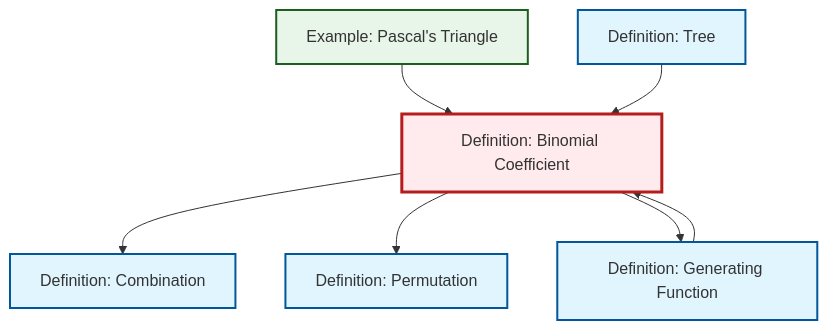
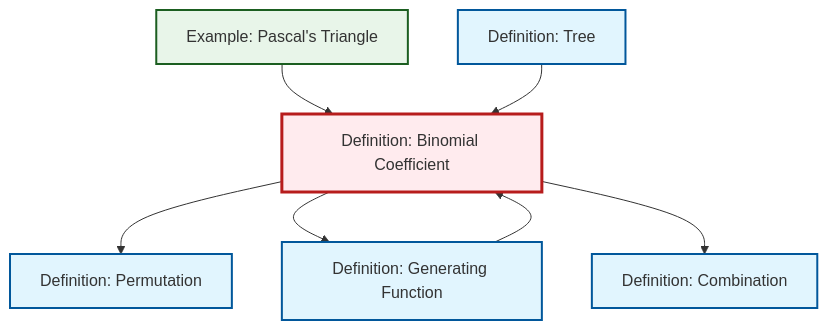
The diagram in content/en/combinatorics/def-binomial-coefficient.qmd (RK0429/ModernMath), drawn with Mermaid before and after one commit. The commit also changed other lines of this file and 634 other files, not shown here.

````diff
--- a/content/en/combinatorics/def-binomial-coefficient.qmd
+++ b/content/en/combinatorics/def-binomial-coefficient.qmd
@@ -66,27 +66,27 @@
 ```{mermaid}
 %%| fig-cap: "Local dependency graph"
 graph TD
     classDef definition fill:#e1f5fe,stroke:#01579b,stroke-width:2px
     classDef theorem fill:#f3e5f5,stroke:#4a148c,stroke-width:2px
     classDef axiom fill:#fff3e0,stroke:#e65100,stroke-width:2px
     classDef example fill:#e8f5e9,stroke:#1b5e20,stroke-width:2px
     classDef current fill:#ffebee,stroke:#b71c1c,stroke-width:3px
+    def-permutation["Definition: Permutation"]:::definition
+    def-binomial-coefficient["Definition: Binomial Coefficient"]:::definition
+    def-tree["Definition: Tree"]:::definition
+    ex-pascals-triangle["Example: Pascal's Triangle"]:::example
+    def-generating-function["Definition: Generating Function"]:::definition
     def-combination["Definition: Combination"]:::definition
-    def-permutation["Definition: Permutation"]:::definition
-    ex-pascals-triangle["Example: Pascal's Triangle"]:::example
-    def-binomial-coefficient["Definition: Binomial Coefficient"]:::definition
-    def-generating-function["Definition: Generating Function"]:::definition
-    def-tree["Definition: Tree"]:::definition
+    def-binomial-coefficient --> def-permutation
+    def-binomial-coefficient --> def-generating-function
     def-binomial-coefficient --> def-combination
-    def-binomial-coefficient --> def-permutation
-    def-generating-function --> def-binomial-coefficient
-    def-binomial-coefficient --> def-generating-function
     ex-pascals-triangle --> def-binomial-coefficient
     def-tree --> def-binomial-coefficient
+    def-generating-function --> def-binomial-coefficient
     class def-binomial-coefficient current
-    click def-combination "def-combination.html" "Go to Combination definition"
     click def-permutation "def-permutation.html" "Go to Permutation definition"
+    click def-tree "def-tree.html" "Go to Tree definition"
     click ex-pascals-triangle "ex-pascals-triangle.html" "Go to Pascal's Triangle example"
     click def-generating-function "def-generating-function.html" "Go to Generating Function definition"
-    click def-tree "def-tree.html" "Go to Tree definition"
+    click def-combination "def-combination.html" "Go to Combination definition"
 ```
````
